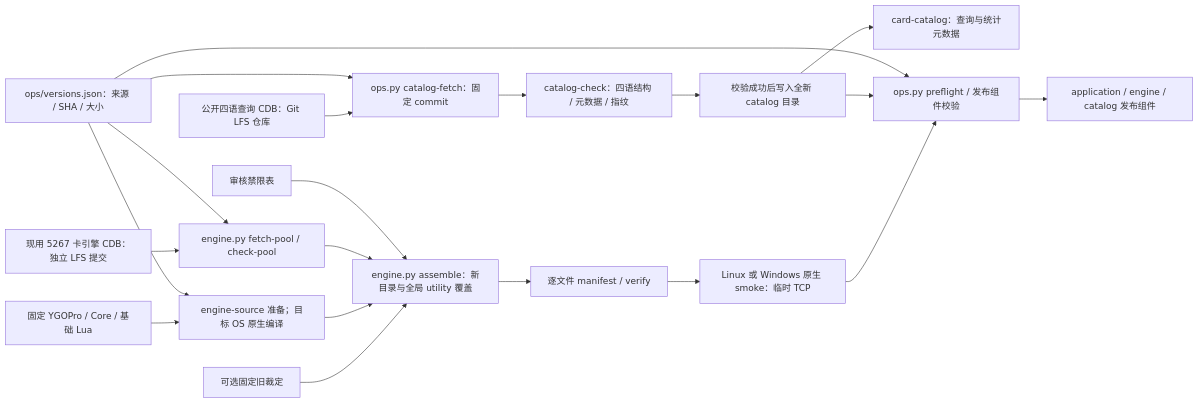
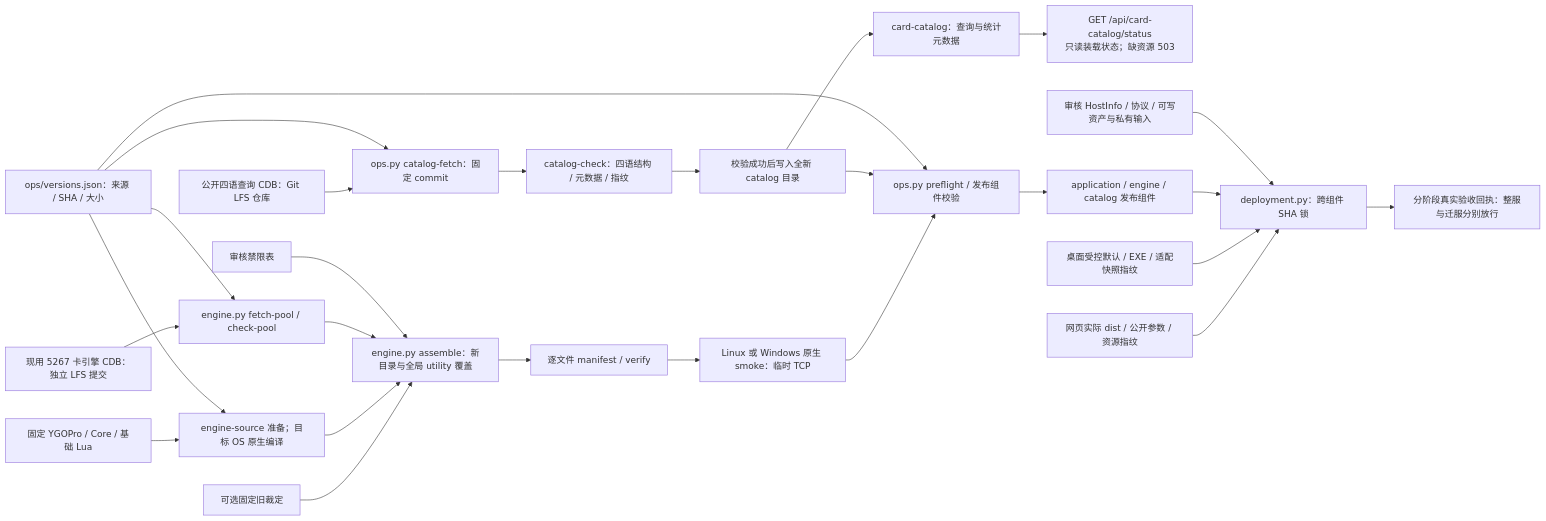
One commit to 301zrg/srvprotianti changed the third of 8 diagrams in docs/ARCHITECTURE.md. Above: the diagram before and after it, drawn with Mermaid. The commit also changed other lines of this file and 34 other files, not shown here.

````diff
--- a/docs/ARCHITECTURE.md
+++ b/docs/ARCHITECTURE.md
@@ -116,22 +116,28 @@
 ```mermaid
 flowchart LR
   Public[公开四语查询 CDB：Git LFS 仓库] --> Fetch[ops.py catalog-fetch：固定 commit]
   Pins[ops/versions.json：来源 / SHA / 大小] --> Fetch
   Fetch --> Validate[catalog-check：四语结构 / 元数据 / 指纹]
   Validate --> NewDir[校验成功后写入全新 catalog 目录]
   NewDir --> Catalog[card-catalog：查询与统计元数据]
+  Catalog --> Health["GET /api/card-catalog/status<br/>只读装载状态；缺资源 503"]
   Pool[现用 5267 卡引擎 CDB：独立 LFS 提交] --> PoolFetch[engine.py fetch-pool / check-pool]
   Pins --> PoolFetch
   Source[固定 YGOPro / Core / 基础 Lua] --> Build[engine-source 准备；目标 OS 原生编译]
   Pins --> Build
   Old[可选固定旧裁定] --> Assemble[engine.py assemble：新目录与全局 utility 覆盖]
   Build --> Assemble
   PoolFetch --> Assemble
   Ban[审核禁限表] --> Assemble
   Assemble --> Manifest[逐文件 manifest / verify]
   Manifest --> Native[Linux 或 Windows 原生 smoke：临时 TCP]
   Native --> Preflight[ops.py preflight / 发布组件校验]
   NewDir --> Preflight
   Pins --> Preflight
   Preflight --> Package[application / engine / catalog 发布组件]
+  WebArtifact[网页实际 dist / 公开参数 / 资源指纹] --> Lock[deployment.py：跨组件 SHA 锁]
+  DesktopArtifact[桌面受控默认 / EXE / 适配快照指纹] --> Lock
+  Package --> Lock
+  Reviewed[审核 HostInfo / 协议 / 可写资产与私有输入] --> Lock
+  Lock --> Gate[分阶段真实验收回执：整服与迁服分别放行]
 ```
````
